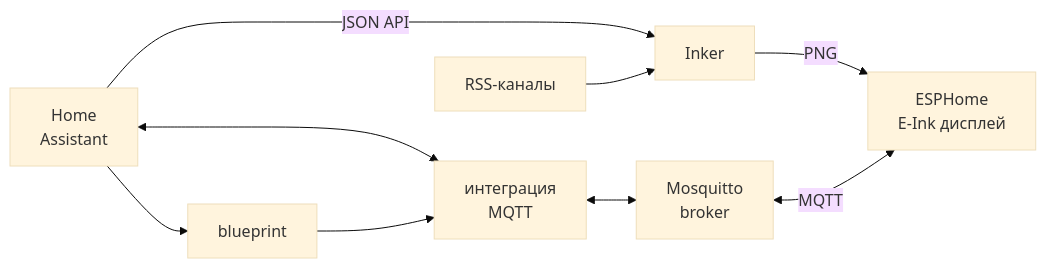
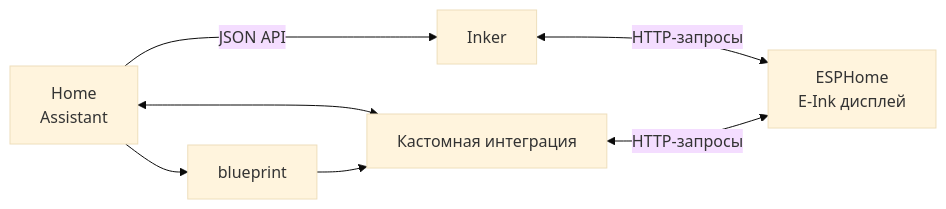
Before and after one commit to kfattum/esphome-trmnl: the diagram in readme.ru.md, drawn with Mermaid (base theme). The commit also changed 4 other files, not shown here.

````diff
--- a/readme.ru.md
+++ b/readme.ru.md
@@ -12,11 +12,9 @@
 ``` mermaid
 flowchart LR
     HA["Home <br> Assistant"] -- JSON API --> Inker["Inker"]
-    RSS["RSS-каналы"] --> Inker
-    Inker -- PNG --> ESPH["ESPHome <br> E-Ink дисплей"]
-    HA <--> MQTT_Int["интеграция <br> MQTT"]
+    Inker <-- HTTP-запросы --> ESPH["ESPHome <br> E-Ink дисплей"]
+    HA <--> Int["Кастомная интеграция"]
     HA --> BP["blueprint"]
-    BP --> MQTT_Int
-    MQTT_Int <--> Mosq["Mosquitto <br> broker"]
-    Mosq <-- MQTT --> ESPH
+    BP --> Int
+    Int <-- HTTP-запросы --> ESPH
 ```
````
